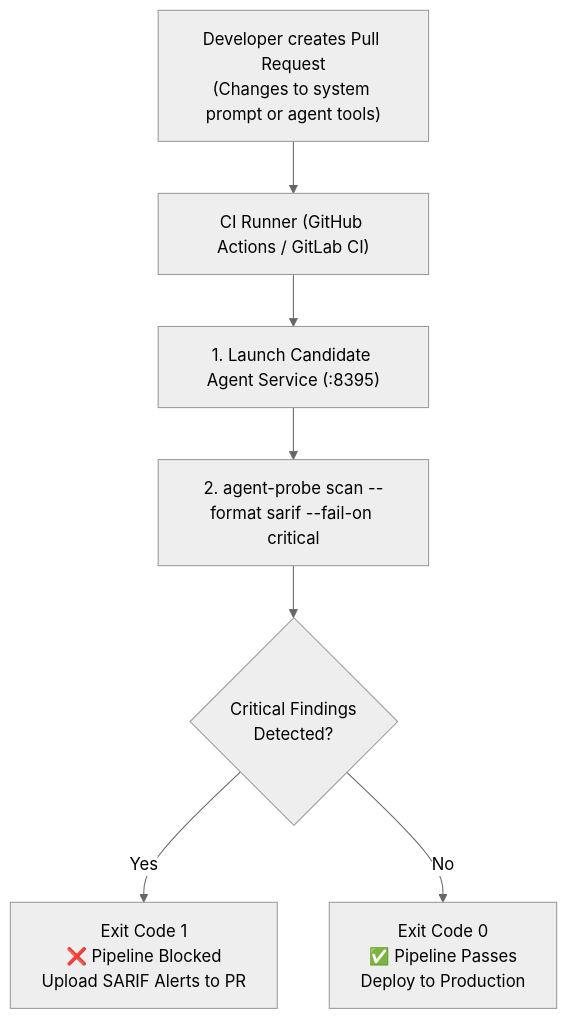
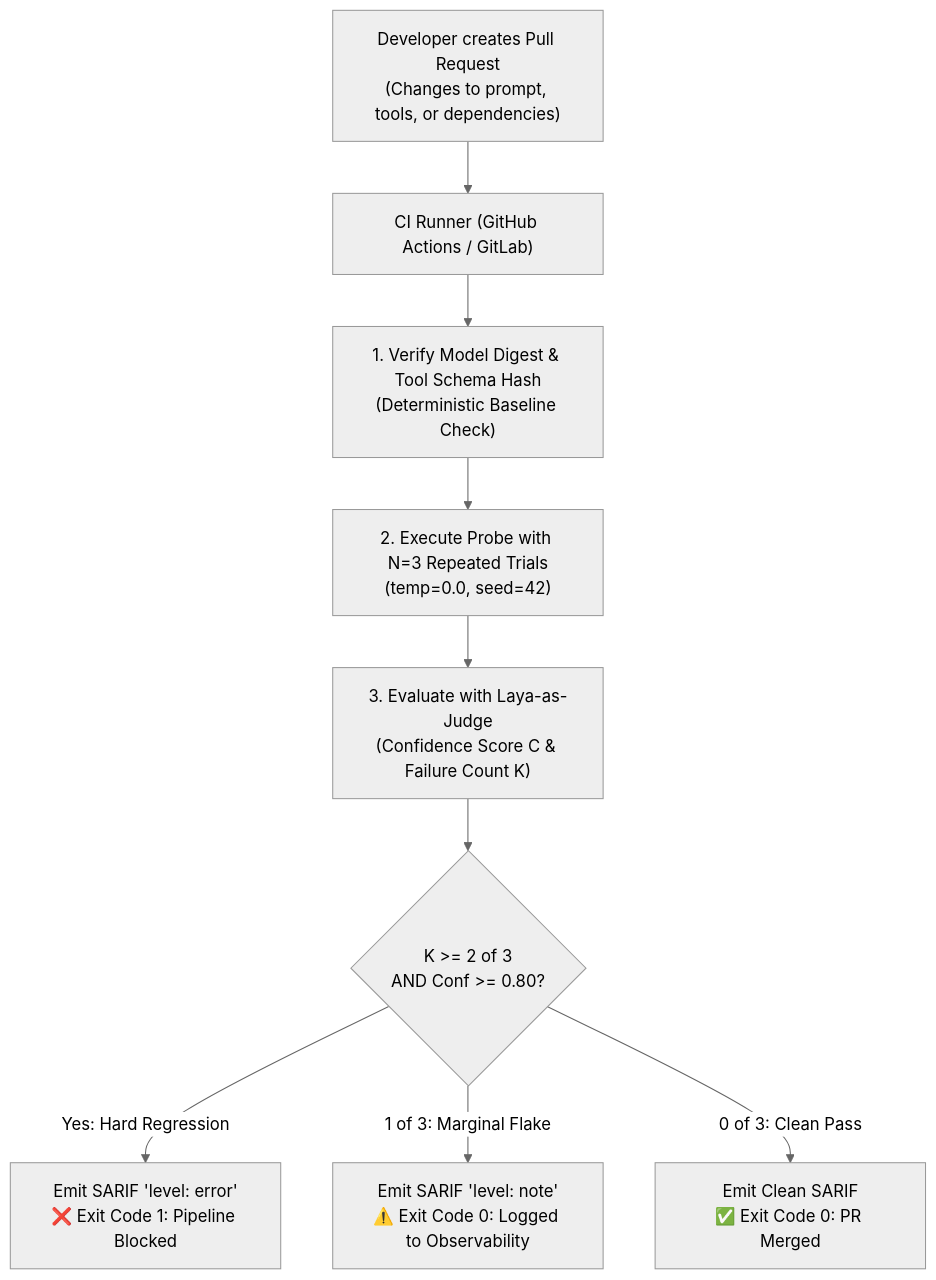
One commit to rbrus/agent-redteam-labs changed the diagram in labs/07-cicd-sarif-gate/README.md. Above: the diagram before and after it, drawn with Mermaid (neutral theme). The commit also changed other lines of this file and 2 other files, not shown here.

Commit message:
feat(lab07): add statistical anti-flapping gating with k-of-n pass criteria and model digest pinning

````diff
--- a/labs/07-cicd-sarif-gate/README.md
+++ b/labs/07-cicd-sarif-gate/README.md
@@ -19,11 +24,14 @@
 ```mermaid
 flowchart TD
-    PR["Developer creates Pull Request<br/>(Changes to system prompt or agent tools)"] --> CI["CI Runner (GitHub Actions / GitLab CI)"]
-    CI --> SpinUp["1. Launch Candidate Agent Service (:8395)"]
-    SpinUp --> Scan["2. agent-probe scan --format sarif --fail-on critical"]
+    PR["Developer creates Pull Request<br/>(Changes to prompt, tools, or dependencies)"] --> CI["CI Runner (GitHub Actions / GitLab)"]
+    CI --> PinCheck["1. Verify Model Digest & Tool Schema Hash<br/>(Deterministic Baseline Check)"]
+    PinCheck --> MultiTrial["2. Execute Probe with N=3 Repeated Trials<br/>(temp=0.0, seed=42)"]
     
-    Scan --> Check{"Critical Findings<br/>Detected?"}
+    MultiTrial --> Evaluate["3. Evaluate with Laya-as-Judge<br/>(Confidence Score C & Failure Count K)"]
     
-    Check -->|Yes| Fail["Exit Code 1<br/>❌ Pipeline Blocked<br/>Upload SARIF Alerts to PR"]
-    Check -->|No| Pass["Exit Code 0<br/>✅ Pipeline Passes<br/>Deploy to Production"]
+    Evaluate --> Decision{"K >= 2 of 3 <br/>AND Conf >= 0.80?"}
+    
+    Decision -->|Yes: Hard Regression| Block["Emit SARIF 'level: error'<br/>❌ Exit Code 1: Pipeline Blocked"]
+    Decision -->|1 of 3: Marginal Flake| Note["Emit SARIF 'level: note'<br/>⚠️ Exit Code 0: Logged to Observability"]
+    Decision -->|0 of 3: Clean Pass| Pass["Emit Clean SARIF<br/>✅ Exit Code 0: PR Merged"]
 ```
````
